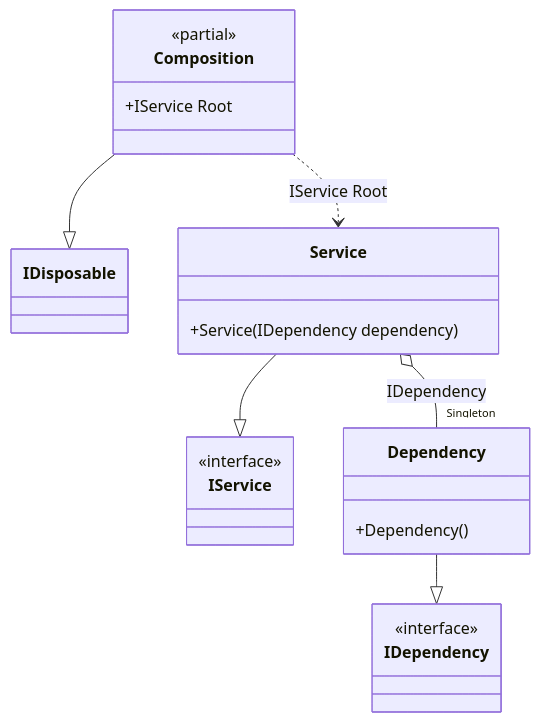
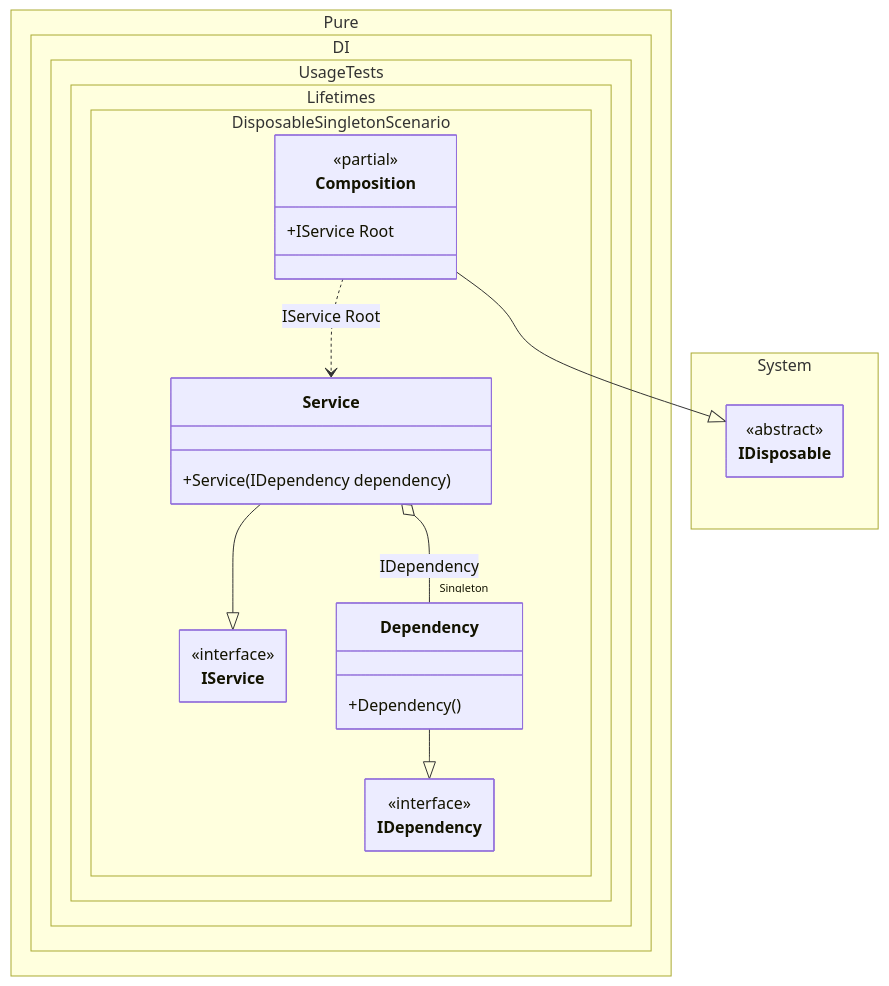
One commit to DevTeam/Pure.DI changed the diagram in readme/disposable-singleton.md. Above: the diagram before and after it, drawn with Mermaid. The commit also changed 103 other files, not shown here.

Commit message:
Improved class diagrams

````diff
--- a/readme/disposable-singleton.md
+++ b/readme/disposable-singleton.md
@@ -135,24 +135,36 @@
 ```mermaid
+---
+ config:
+  class:
+   hideEmptyMembersBox: true
+---
 classDiagram
-	class Composition {
+	Composition --|> IDisposable
+	Service --|> IService
+	Dependency --|> IDependency
+	Composition ..> Service : IService Root
+	Service o-- "Singleton" Dependency : IDependency
+	namespace Pure.DI.UsageTests.Lifetimes.DisposableSingletonScenario {
+		class Composition {
 		<<partial>>
 		+IService Root
+		}
+		class Dependency {
+			+Dependency()
+		}
+		class IDependency {
+			<<interface>>
+		}
+		class IService {
+			<<interface>>
+		}
+		class Service {
+			+Service(IDependency dependency)
+		}
 	}
-	Composition --|> IDisposable
-	Service --|> IService
-	class Service {
-		+Service(IDependency dependency)
+	namespace System {
+		class IDisposable {
+			<<abstract>>
+		}
 	}
-	Dependency --|> IDependency
-	class Dependency {
-		+Dependency()
-	}
-	class IService {
-		<<interface>>
-	}
-	class IDependency {
-		<<interface>>
-	}
-	Composition ..> Service : IService Root
-	Service o-- "Singleton" Dependency : IDependency
 ```
````
